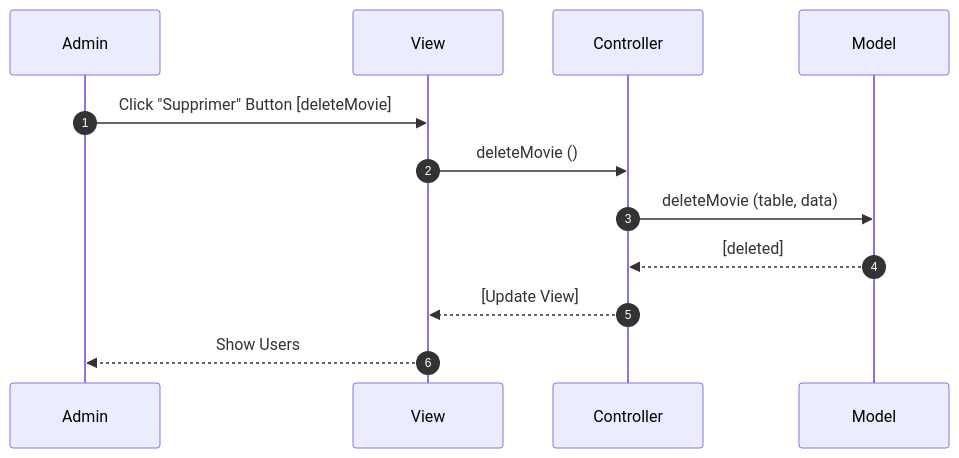
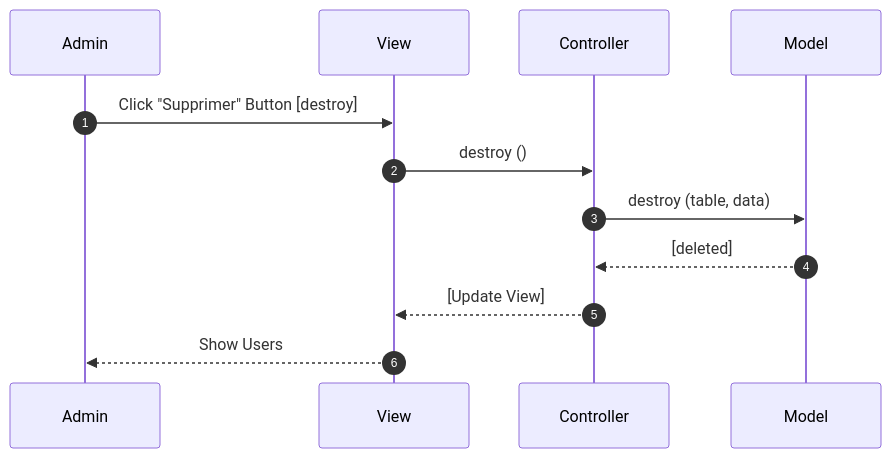
One commit to juliexcode/sprint-07 changed the second of 3 diagrams in README.md. Above: the diagram before and after it, drawn with Mermaid. The commit also changed other lines of this file, not shown here.

Commit message:
UML Ends

````diff
--- a/README.md
+++ b/README.md
@@ -16,10 +19,10 @@
 ```mermaid
 sequenceDiagram
     autonumber
-    Admin->>View: Click "Supprimer" Button [deleteMovie]
-    View->>Controller: deleteMovie ()
-    Controller->>Model: deleteMovie (table, data)
+    Admin->>View: Click "Supprimer" Button [destroy]
+    View->>Controller: destroy ()
+    Controller->>Model: destroy (table, data)
     Model-->>Controller: [deleted]
     Controller-->>View: [Update View]
     View-->>Admin: Show Users
 ```
````
